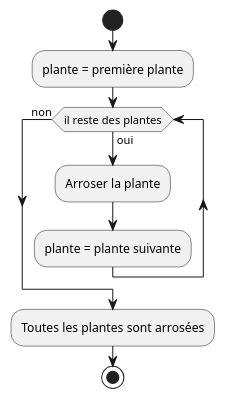
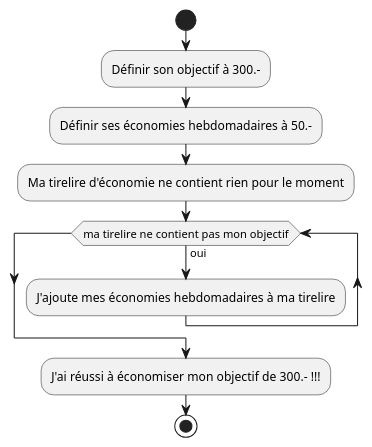
The first of 5 diagrams in 03.01-iteration/01-supports-de-cours/README.md (HEIG-VD-Prog-Course/HEIG-VD-ProgIM-Course), drawn with PlantUML before and after one commit. The commit also changed other lines of this file and 2 other files, not shown here.

````diff
--- a/03.01-iteration/01-supports-de-cours/README.md
+++ b/03.01-iteration/01-supports-de-cours/README.md
@@ -232,12 +82,13 @@
 ```plantuml
 @startuml
 start
-:plante = première plante;
-while (il reste des plantes) is (oui)
-    :Arroser la plante;
-    :plante = plante suivante;
-endwhile (non)
-:Toutes les plantes sont arrosées;
+:Définir son objectif à 300.-;
+:Définir ses économies hebdomadaires à 50.-;
+:Ma tirelire d'économie ne contient rien pour le moment;
+while (ma tirelire ne contient pas mon objectif) is (oui)
+  :J'ajoute mes économies hebdomadaires à ma tirelire;
+endwhile
+:J'ai réussi à économiser mon objectif de 300.- !!!;
 stop
 @enduml
 ```
````
